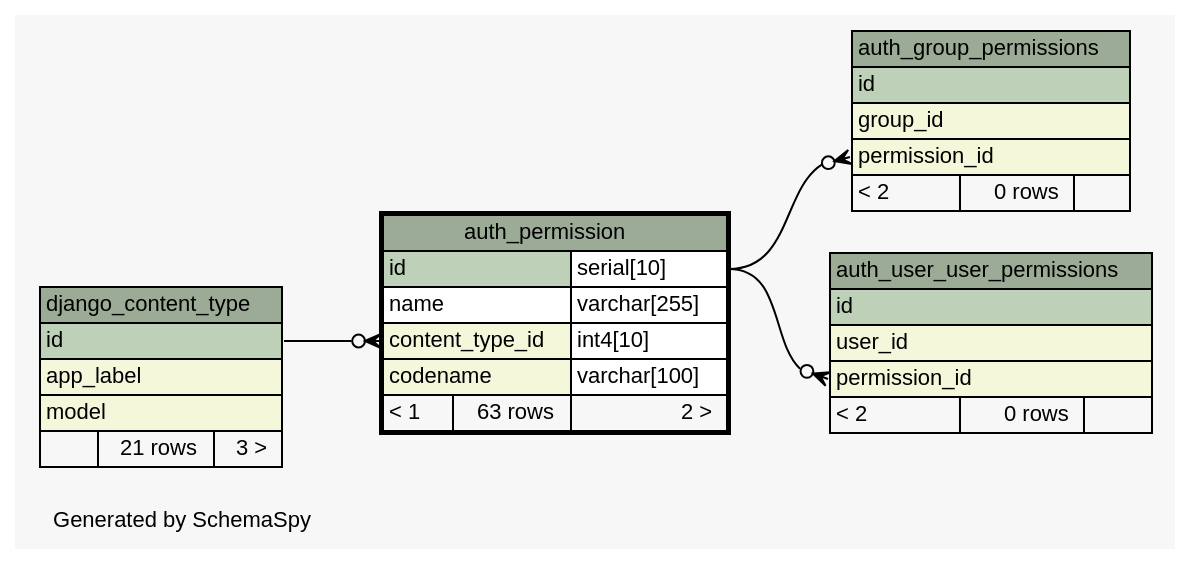
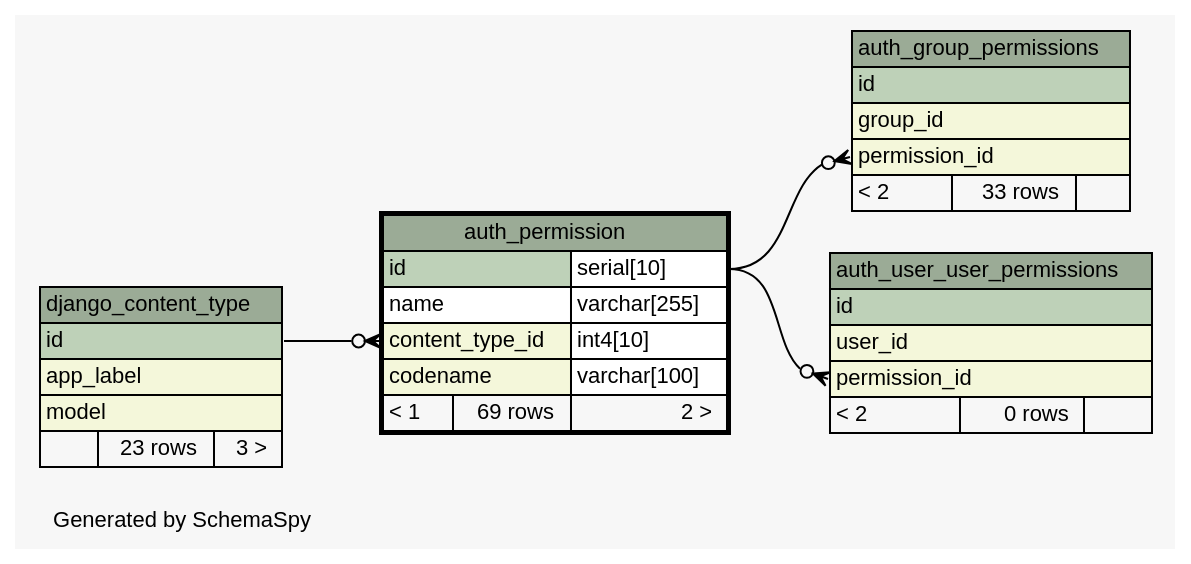
Before and after one commit to molonc/colossus: the diagram in db-schema/diagrams/auth_permission.1degree.dot, drawn with Graphviz. The commit also changed 159 other files, not shown here.

Commit message:
KRONOS-258 database schema update

```diff
--- a/db-schema/diagrams/auth_permission.1degree.dot
+++ b/db-schema/diagrams/auth_permission.1degree.dot
@@ -1,74 +1,74 @@
 // dot 2.36.0 on Mac OS X 10.9.5
 // SchemaSpy rev 590
 digraph "oneDegreeRelationshipsDiagram" {
   graph [
     rankdir="RL"
     bgcolor="#f7f7f7"
     label="\nGenerated by SchemaSpy"
     labeljust="l"
     nodesep="0.18"
     ranksep="0.46"
     fontname="Helvetica"
     fontsize="11"
   ];
   node [
     fontname="Helvetica"
     fontsize="11"
     shape="plaintext"
   ];
   edge [
     arrowsize="0.8"
   ];
   "auth_group_permissions":"permission_id":w -> "auth_permission":"id.type":e [arrowhead=none dir=back arrowtail=crowodot];
   "auth_permission":"content_type_id":w -> "django_content_type":"id":e [arrowhead=none dir=back arrowtail=crowodot];
   "auth_user_user_permissions":"permission_id":w -> "auth_permission":"id.type":e [arrowhead=none dir=back arrowtail=crowodot];
   "auth_group_permissions" [
     label=<
     <TABLE BORDER="0" CELLBORDER="1" CELLSPACING="0" BGCOLOR="#ffffff">
       <TR><TD COLSPAN="3" BGCOLOR="#9bab96" ALIGN="CENTER">auth_group_permissions</TD></TR>
       <TR><TD PORT="id" COLSPAN="3" BGCOLOR="#bed1b8" ALIGN="LEFT">id</TD></TR>
       <TR><TD PORT="group_id" COLSPAN="3" BGCOLOR="#f4f7da" ALIGN="LEFT">group_id</TD></TR>
       <TR><TD PORT="permission_id" COLSPAN="3" BGCOLOR="#f4f7da" ALIGN="LEFT">permission_id</TD></TR>
-      <TR><TD ALIGN="LEFT" BGCOLOR="#f7f7f7">&lt; 2</TD><TD ALIGN="RIGHT" BGCOLOR="#f7f7f7">0 rows</TD><TD ALIGN="RIGHT" BGCOLOR="#f7f7f7">  </TD></TR>
+      <TR><TD ALIGN="LEFT" BGCOLOR="#f7f7f7">&lt; 2</TD><TD ALIGN="RIGHT" BGCOLOR="#f7f7f7">33 rows</TD><TD ALIGN="RIGHT" BGCOLOR="#f7f7f7">  </TD></TR>
     </TABLE>>
     URL="auth_group_permissions.html"
     tooltip="auth_group_permissions"
   ];
   "auth_permission" [
     label=<
     <TABLE BORDER="2" CELLBORDER="1" CELLSPACING="0" BGCOLOR="#ffffff">
       <TR><TD COLSPAN="3" BGCOLOR="#9bab96" ALIGN="CENTER">auth_permission</TD></TR>
       <TR><TD PORT="id" COLSPAN="2" BGCOLOR="#bed1b8" ALIGN="LEFT">id</TD><TD PORT="id.type" ALIGN="LEFT">serial[10]</TD></TR>
       <TR><TD PORT="name" COLSPAN="2" ALIGN="LEFT">name</TD><TD PORT="name.type" ALIGN="LEFT">varchar[255]</TD></TR>
       <TR><TD PORT="content_type_id" COLSPAN="2" BGCOLOR="#f4f7da" ALIGN="LEFT">content_type_id</TD><TD PORT="content_type_id.type" ALIGN="LEFT">int4[10]</TD></TR>
       <TR><TD PORT="codename" COLSPAN="2" BGCOLOR="#f4f7da" ALIGN="LEFT">codename</TD><TD PORT="codename.type" ALIGN="LEFT">varchar[100]</TD></TR>
-      <TR><TD ALIGN="LEFT" BGCOLOR="#f7f7f7">&lt; 1</TD><TD ALIGN="RIGHT" BGCOLOR="#f7f7f7">63 rows</TD><TD ALIGN="RIGHT" BGCOLOR="#f7f7f7">2 &gt;</TD></TR>
+      <TR><TD ALIGN="LEFT" BGCOLOR="#f7f7f7">&lt; 1</TD><TD ALIGN="RIGHT" BGCOLOR="#f7f7f7">69 rows</TD><TD ALIGN="RIGHT" BGCOLOR="#f7f7f7">2 &gt;</TD></TR>
     </TABLE>>
     URL="auth_permission.html"
     tooltip="auth_permission"
   ];
   "auth_user_user_permissions" [
     label=<
     <TABLE BORDER="0" CELLBORDER="1" CELLSPACING="0" BGCOLOR="#ffffff">
       <TR><TD COLSPAN="3" BGCOLOR="#9bab96" ALIGN="CENTER">auth_user_user_permissions</TD></TR>
       <TR><TD PORT="id" COLSPAN="3" BGCOLOR="#bed1b8" ALIGN="LEFT">id</TD></TR>
       <TR><TD PORT="user_id" COLSPAN="3" BGCOLOR="#f4f7da" ALIGN="LEFT">user_id</TD></TR>
       <TR><TD PORT="permission_id" COLSPAN="3" BGCOLOR="#f4f7da" ALIGN="LEFT">permission_id</TD></TR>
       <TR><TD ALIGN="LEFT" BGCOLOR="#f7f7f7">&lt; 2</TD><TD ALIGN="RIGHT" BGCOLOR="#f7f7f7">0 rows</TD><TD ALIGN="RIGHT" BGCOLOR="#f7f7f7">  </TD></TR>
     </TABLE>>
     URL="auth_user_user_permissions.html"
     tooltip="auth_user_user_permissions"
   ];
   "django_content_type" [
     label=<
     <TABLE BORDER="0" CELLBORDER="1" CELLSPACING="0" BGCOLOR="#ffffff">
       <TR><TD COLSPAN="3" BGCOLOR="#9bab96" ALIGN="CENTER">django_content_type</TD></TR>
       <TR><TD PORT="id" COLSPAN="3" BGCOLOR="#bed1b8" ALIGN="LEFT">id</TD></TR>
       <TR><TD PORT="app_label" COLSPAN="3" BGCOLOR="#f4f7da" ALIGN="LEFT">app_label</TD></TR>
       <TR><TD PORT="model" COLSPAN="3" BGCOLOR="#f4f7da" ALIGN="LEFT">model</TD></TR>
-      <TR><TD ALIGN="LEFT" BGCOLOR="#f7f7f7">  </TD><TD ALIGN="RIGHT" BGCOLOR="#f7f7f7">21 rows</TD><TD ALIGN="RIGHT" BGCOLOR="#f7f7f7">3 &gt;</TD></TR>
+      <TR><TD ALIGN="LEFT" BGCOLOR="#f7f7f7">  </TD><TD ALIGN="RIGHT" BGCOLOR="#f7f7f7">23 rows</TD><TD ALIGN="RIGHT" BGCOLOR="#f7f7f7">3 &gt;</TD></TR>
     </TABLE>>
     URL="django_content_type.html"
     tooltip="django_content_type"
   ];
 }
```
